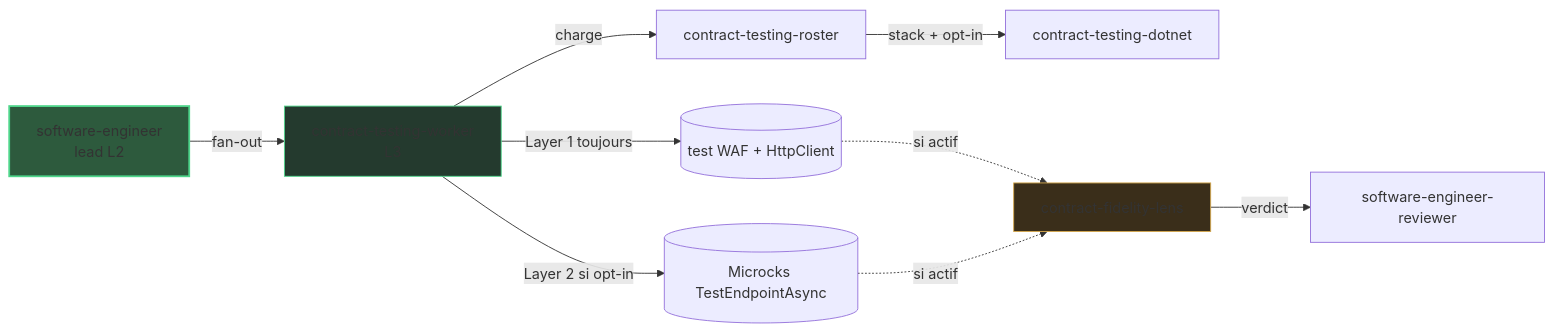
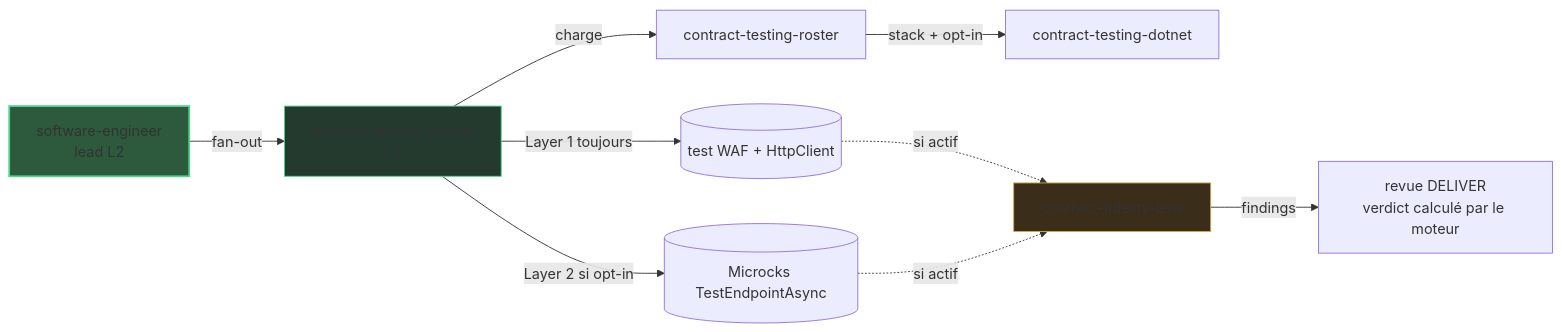
Before and after one commit to SebastienDegodez/skraft-plugin: the diagram in docs/site/fr/explanation/deep-dive/contract-testing.md, drawn with Mermaid. The commit also changed other lines of this file and 90 other files, not shown here.

````diff
--- a/docs/site/fr/explanation/deep-dive/contract-testing.md
+++ b/docs/site/fr/explanation/deep-dive/contract-testing.md
@@ -28,15 +28,15 @@
 ```mermaid
 graph LR
     SE[software-engineer<br/>lead L2] -->|fan-out| CTW[contract-testing-worker<br/>L3]
     CTW -->|charge| RST[contract-testing-roster]
     RST -->|stack + opt-in| CTD[contract-testing-dotnet]
     CTW -->|Layer 1 toujours| BL[(test WAF + HttpClient)]
     CTW -->|Layer 2 si opt-in| MC[(Microcks TestEndpointAsync)]
     BL -.si actif.-> CFL[contract-fidelity-lens]
     MC -.si actif.-> CFL
-    CFL -->|verdict| SER[software-engineer-reviewer]
+    CFL -->|findings| DR[revue DELIVER<br/>verdict calculé par le moteur]
 
     style SE fill:#2d5a3d,stroke:#4ed58a,stroke-width:2px
     style CTW fill:#243a2e,stroke:#4ed58a
     style CFL fill:#3a2e1a,stroke:#d5a84e
 ```
````
